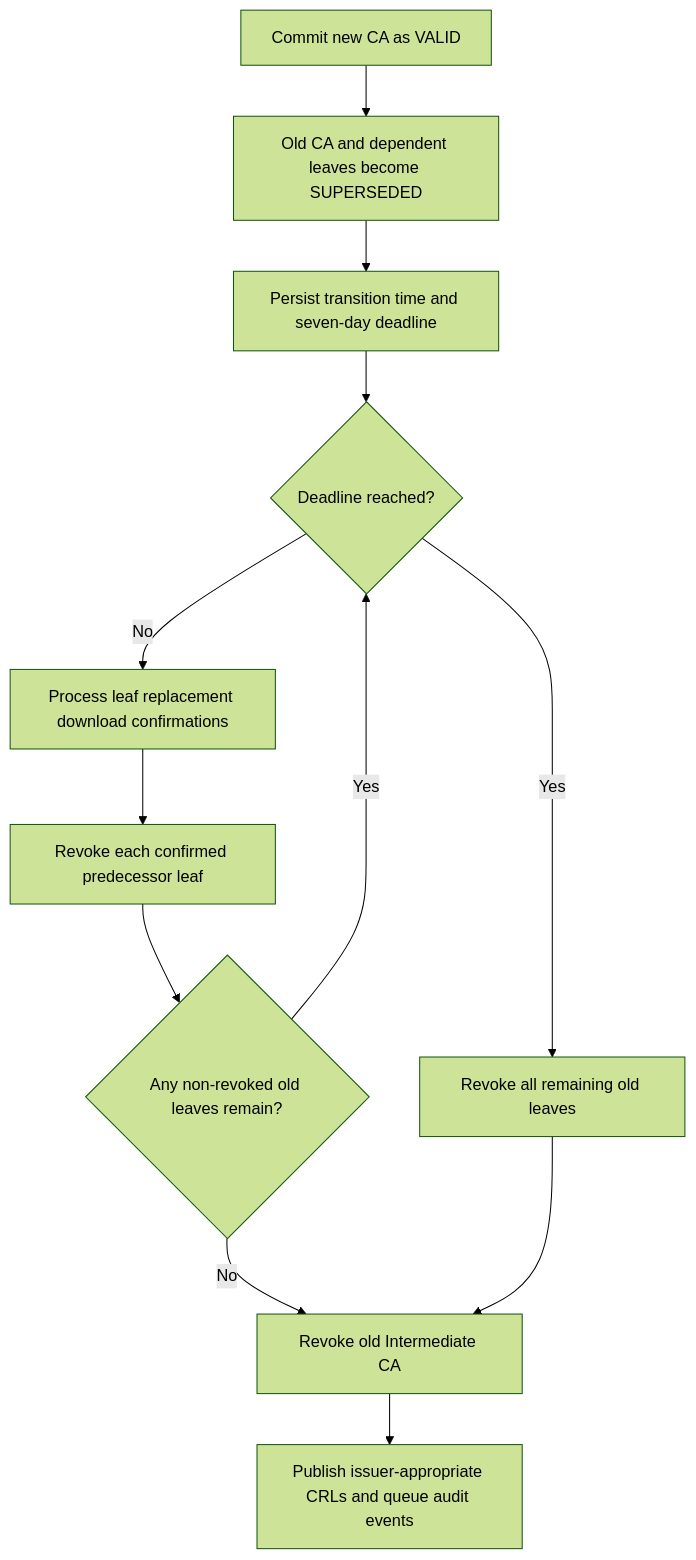
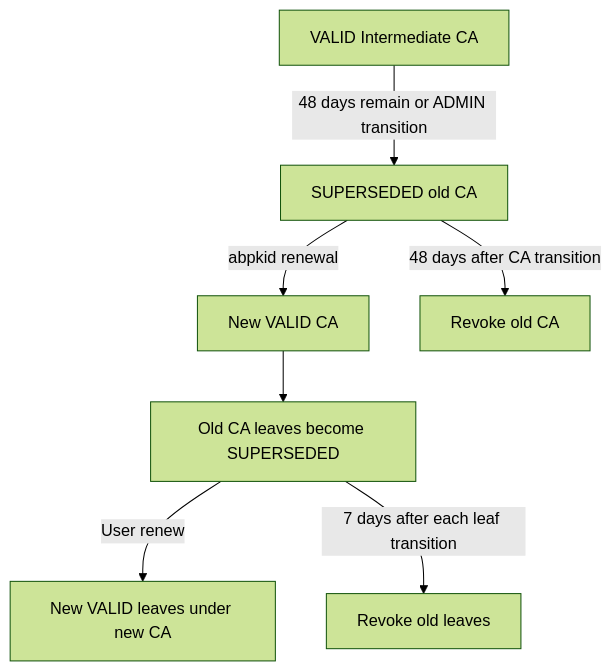
The second of 2 diagrams in INTERMEDIATE.md (pregene/autobricks-pki), drawn with Mermaid (forest theme) before and after one commit. The commit also changed other lines of this file and 41 other files, not shown here.

````diff
--- a/INTERMEDIATE.md
+++ b/INTERMEDIATE.md
@@ -123,14 +127,9 @@
 ```mermaid
 flowchart TD
-    A[Commit new CA as VALID] --> B[Old CA and dependent leaves become SUPERSEDED]
-    B --> C[Persist transition time and seven-day deadline]
-    C --> D{Deadline reached?}
-    D -->|No| E[Process leaf replacement download confirmations]
-    E --> F[Revoke each confirmed predecessor leaf]
-    F --> G{Any non-revoked old leaves remain?}
-    G -->|Yes| D
-    G -->|No| H[Revoke old Intermediate CA]
-    D -->|Yes| I[Revoke all remaining old leaves]
-    I --> H
-    H --> J[Publish issuer-appropriate CRLs and queue audit events]
+    Valid[VALID Intermediate CA] -->|48 days remain or ADMIN transition| Old[SUPERSEDED old CA]
+    Old -->|abpkid renewal| New[New VALID CA]
+    New --> Leaves[Old CA leaves become SUPERSEDED]
+    Leaves -->|User renew| Replacements[New VALID leaves under new CA]
+    Leaves -->|7 days after each leaf transition| RevokeLeaves[Revoke old leaves]
+    Old -->|48 days after CA transition| RevokeCA[Revoke old CA]
 ```
````
